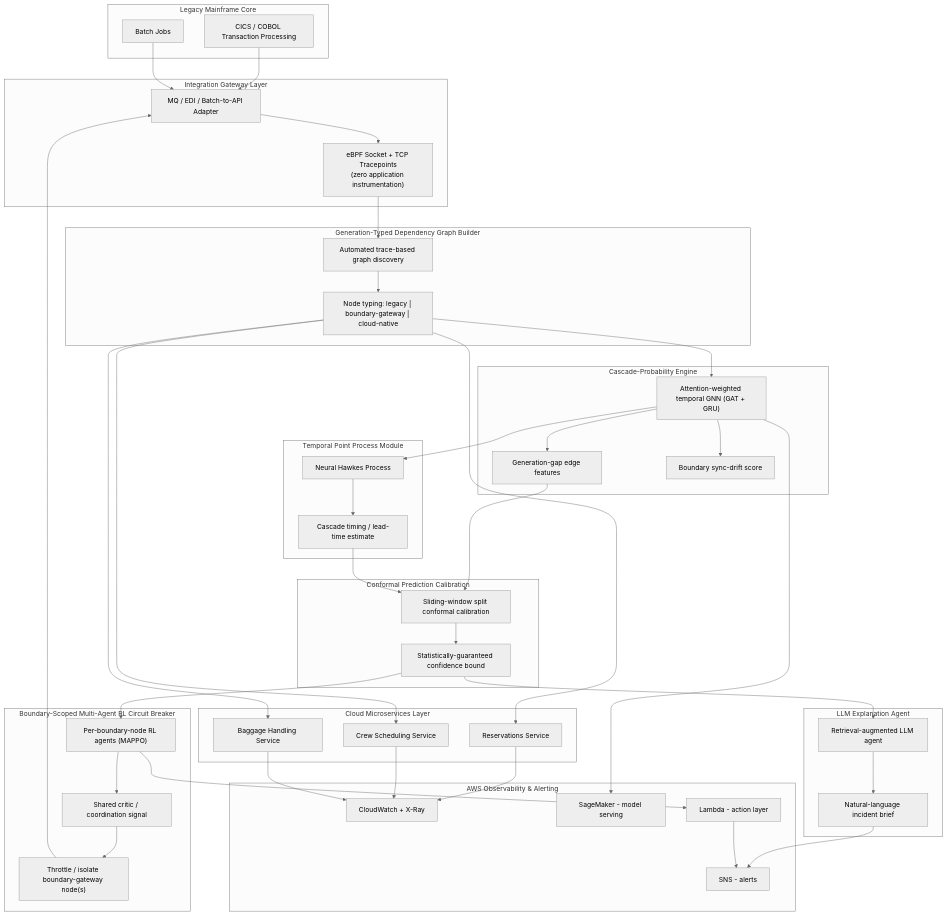
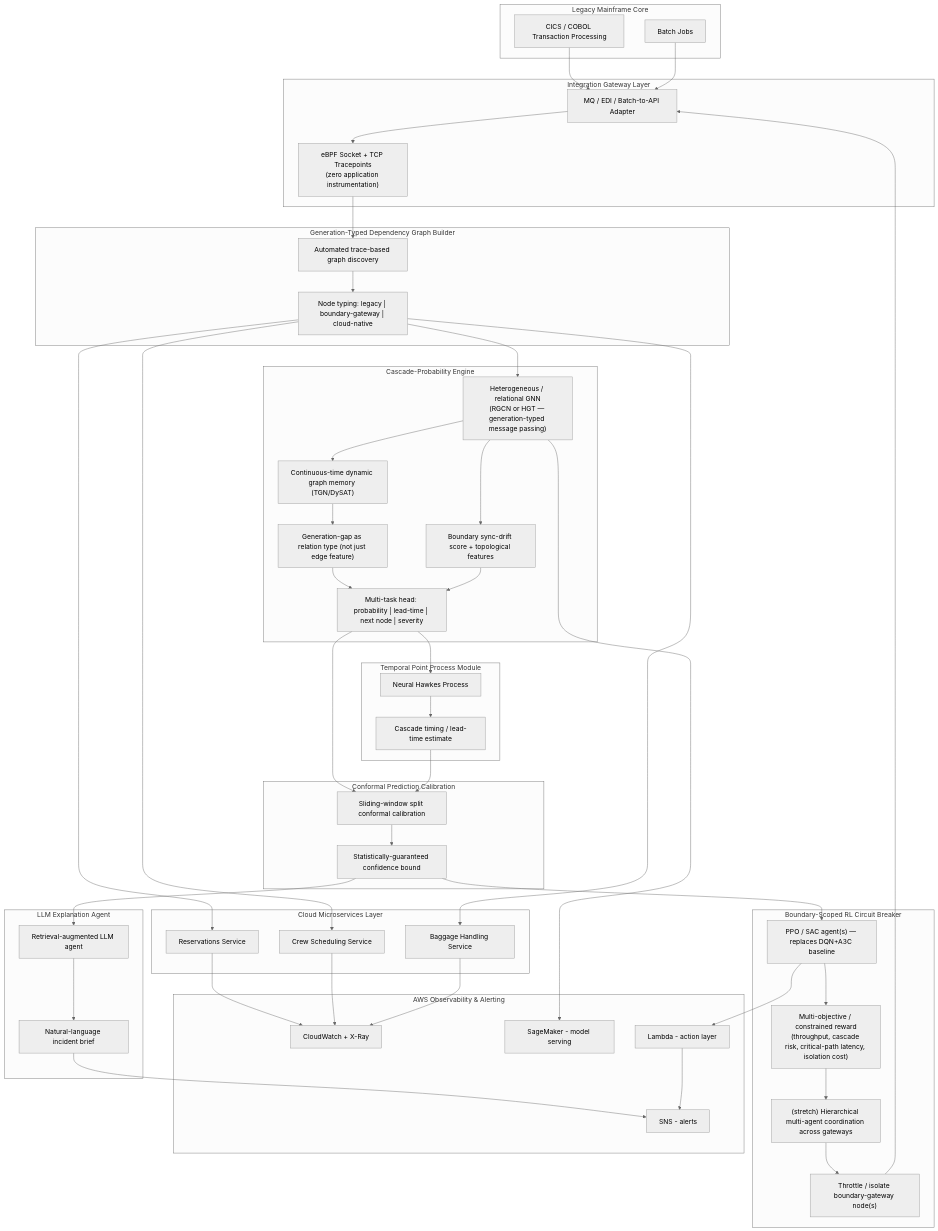
Before and after one commit to Cloud-Health-for-Airlines/Cloud-Service-Health-Monitoring-in-Airlines: the diagram in architecture/architecture-diagram.md, drawn with Mermaid (neutral theme). The commit also changed other lines of this file and 4 other files, not shown here.

Commit message:
Expand Varad's AI/ML workstream: tiered advanced roadmap (heterogeneous GNN, continuous-time modeling, multi-task head, calibrated uncertainty, PPO/SAC, multi-objective RL, hierarchical multi-agent + safe RL stretch goals); minimal sync edits to shared diagram/README/proposal to keep them accurate

```diff
--- a/architecture/architecture-diagram.md
+++ b/architecture/architecture-diagram.md
@@ -20,9 +20,11 @@
     end
 
     subgraph Predictor["Cascade-Probability Engine"]
-        P1["Attention-weighted temporal GNN (GAT + GRU)"]
-        P2["Generation-gap edge features"]
-        P3["Boundary sync-drift score"]
+        P1["Heterogeneous / relational GNN\n(RGCN or HGT — generation-typed message passing)"]
+        P1b["Continuous-time dynamic graph memory (TGN/DySAT)"]
+        P2["Generation-gap as relation type (not just edge feature)"]
+        P3["Boundary sync-drift score + topological features"]
+        P4["Multi-task head: probability | lead-time | next node | severity"]
     end
 
     subgraph Timing["Temporal Point Process Module"]
@@ -40,10 +42,11 @@
         E2["Natural-language incident brief"]
     end
 
-    subgraph Mitigation["Boundary-Scoped Multi-Agent RL Circuit Breaker"]
-        M1["Per-boundary-node RL agents (MAPPO)"]
-        M2["Shared critic / coordination signal"]
-        M3["Throttle / isolate boundary-gateway node(s)"]
+    subgraph Mitigation["Boundary-Scoped RL Circuit Breaker"]
+        M1["PPO / SAC agent(s) — replaces DQN+A3C baseline"]
+        M2["Multi-objective / constrained reward\n(throughput, cascade risk, critical-path latency, isolation cost)"]
+        M3["(stretch) Hierarchical multi-agent coordination across gateways"]
+        M4["Throttle / isolate boundary-gateway node(s)"]
     end
 
     subgraph Cloud["Cloud Microservices Layer"]
@@ -65,11 +68,14 @@
     G2 --> D1
     D1 --> D2
     D2 --> P1
-    P1 --> P2
+    P1 --> P1b
+    P1b --> P2
     P1 --> P3
-    P1 --> T1
+    P2 --> P4
+    P3 --> P4
+    P4 --> T1
     T1 --> T2
-    P2 --> CP1
+    P4 --> CP1
     T2 --> CP1
     CP1 --> CP2
     CP2 --> E1
@@ -77,7 +83,8 @@
     CP2 --> M1
     M1 --> M2
     M2 --> M3
-    M3 --> G1
+    M3 --> M4
+    M4 --> G1
     E2 --> O4
     D2 --> C1
     D2 --> C2
```
